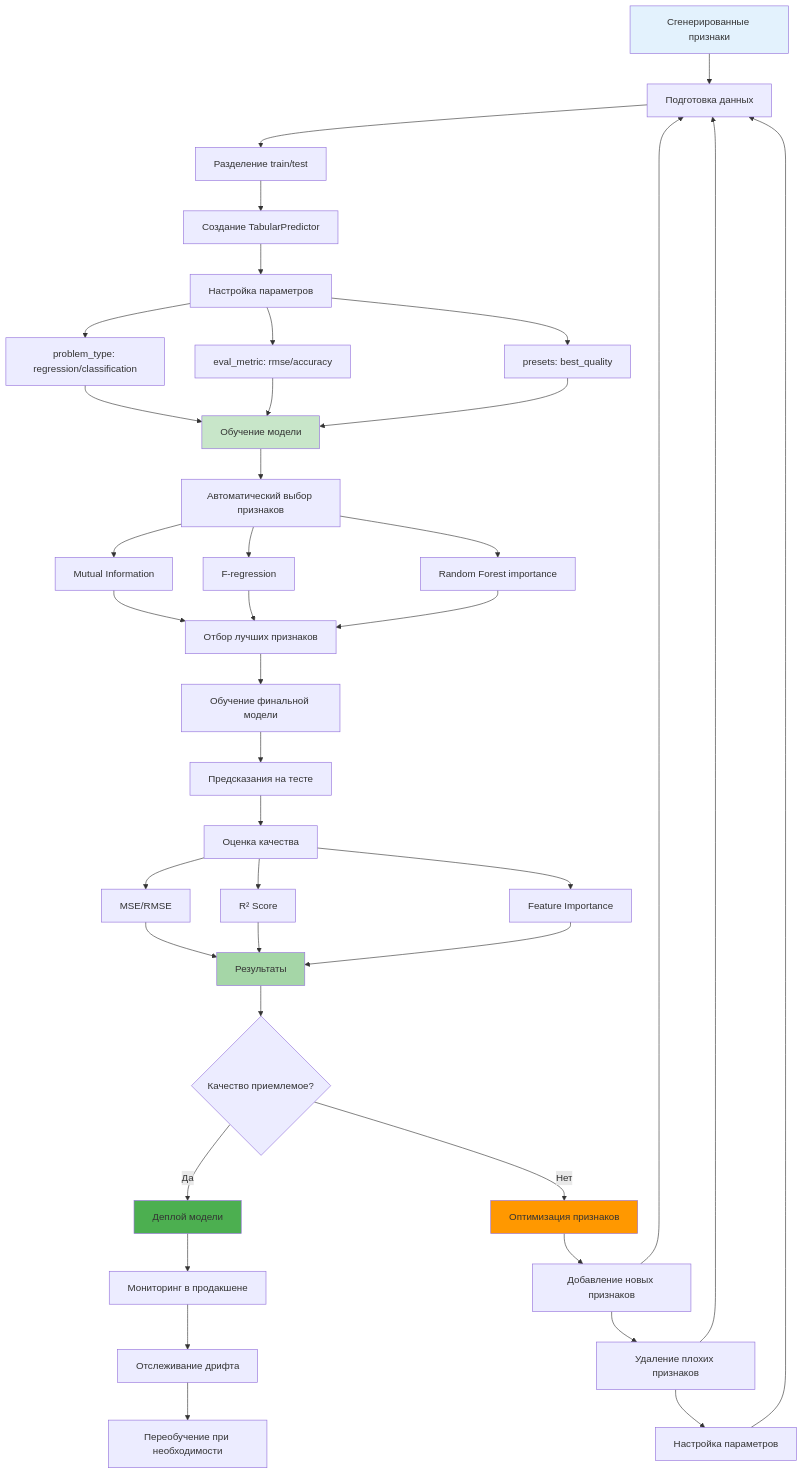
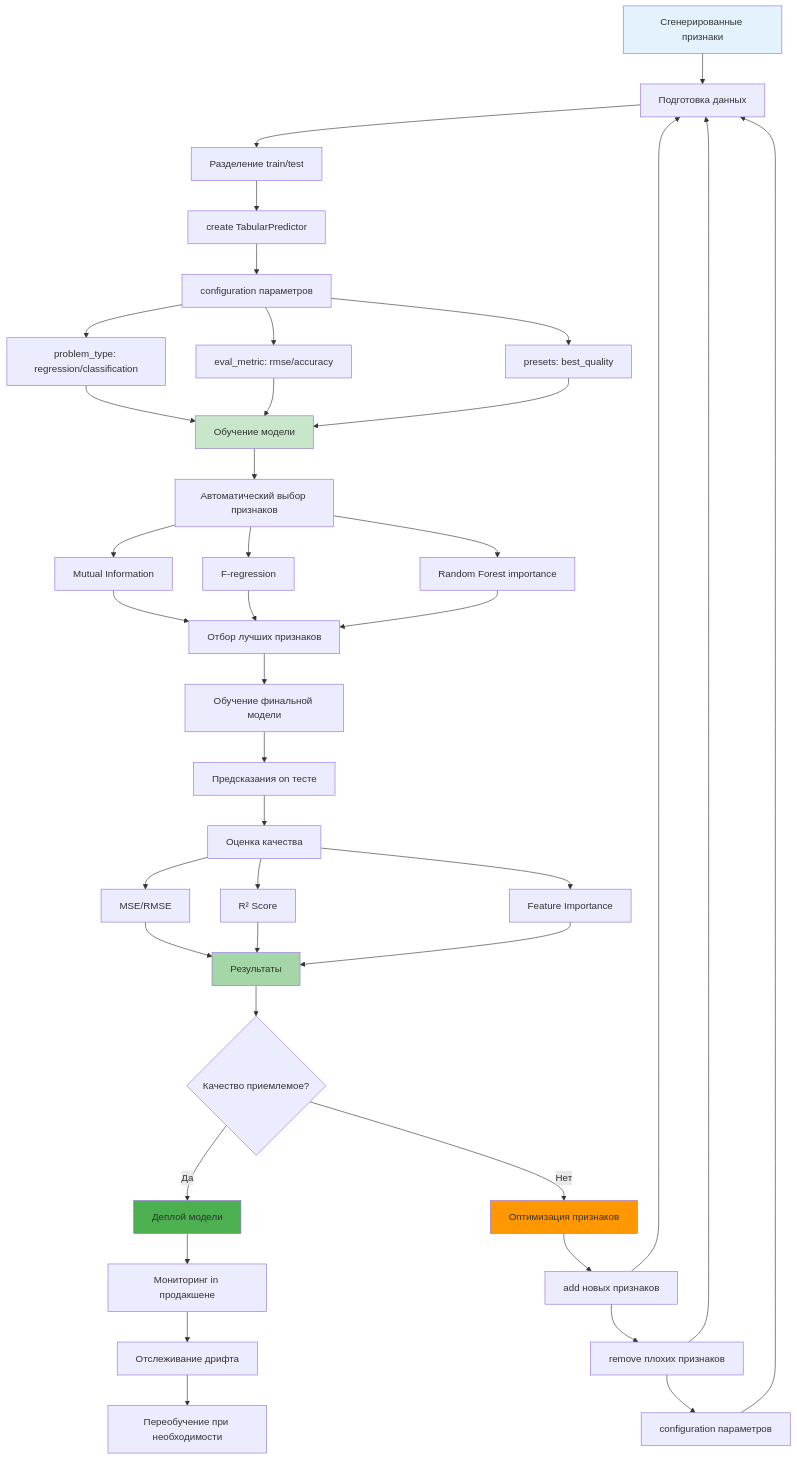
One commit to NeoZorK/neozork-hld-prediction changed the eighth of 9 diagrams in docs/automl/gluon/28_feature_generation_advanced.md. Above: the diagram before and after it, drawn with Mermaid. The commit also changed other lines of this file and 19 other files, not shown here.

````diff
--- a/docs/automl/gluon/28_feature_generation_advanced.md
+++ b/docs/automl/gluon/28_feature_generation_advanced.md
@@ -1895,58 +1895,58 @@
 ```mermaid
 graph TD
-    A[Сгенерированные признаки] --> B[Подготовка данных]
-    B --> C[Разделение train/test]
-    C --> D[Создание TabularPredictor]
-    
-    D --> E[Настройка параметров]
-    E --> F[problem_type: regression/classification]
-    E --> G[eval_metric: rmse/accuracy]
-    E --> H[presets: best_quality]
-    
-    F --> I[Обучение модели]
-    G --> I
-    H --> I
-    
-    I --> J[Автоматический выбор признаков]
-    J --> K[Mutual Information]
-    J --> L[F-regression]
-    J --> M[Random Forest importance]
-    
-    K --> N[Отбор лучших признаков]
-    L --> N
-    M --> N
-    
-    N --> O[Обучение финальной модели]
-    O --> P[Предсказания на тесте]
-    P --> Q[Оценка качества]
-    
-    Q --> R[MSE/RMSE]
-    Q --> S[R² Score]
-    Q --> T[Feature Importance]
-    
-    R --> U[Результаты]
-    S --> U
-    T --> U
-    
-    U --> V{Качество приемлемое?}
-    V -->|Да| W[Деплой модели]
-    V -->|Нет| X[Оптимизация признаков]
-    
-    X --> Y[Добавление новых признаков]
-    Y --> Z[Удаление плохих признаков]
-    Z --> AA[Настройка параметров]
-    
-    Y --> B
-    Z --> B
-    AA --> B
-    
-    W --> BB[Мониторинг в продакшене]
-    BB --> CC[Отслеживание дрифта]
-    CC --> DD[Переобучение при необходимости]
-    
-    style A fill:#e3f2fd
-    style I fill:#c8e6c9
-    style U fill:#a5d6a7
-    style W fill:#4caf50
-    style X fill:#ff9800
+ A[Сгенерированные признаки] --> B[Подготовка данных]
+ B --> C[Разделение train/test]
+ C --> D[create TabularPredictor]
+
+ D --> E[configuration параметров]
+ E --> F[problem_type: regression/classification]
+ E --> G[eval_metric: rmse/accuracy]
+ E --> H[presets: best_quality]
+
+ F --> I[Обучение модели]
+ G --> I
+ H --> I
+
+ I --> J[Автоматический выбор признаков]
+ J --> K[Mutual Information]
+ J --> L[F-regression]
+ J --> M[Random Forest importance]
+
+ K --> N[Отбор лучших признаков]
+ L --> N
+ M --> N
+
+ N --> O[Обучение финальной модели]
+ O --> P[Предсказания on тесте]
+ P --> Q[Оценка качества]
+
+ Q --> R[MSE/RMSE]
+ Q --> S[R² Score]
+ Q --> T[Feature Importance]
+
+ R --> U[Результаты]
+ S --> U
+ T --> U
+
+ U --> V{Качество приемлемое?}
+ V -->|Да| W[Деплой модели]
+ V -->|Нет| X[Оптимизация признаков]
+
+ X --> Y[add новых признаков]
+ Y --> Z[remove плохих признаков]
+ Z --> AA[configuration параметров]
+
+ Y --> B
+ Z --> B
+ AA --> B
+
+ W --> BB[Мониторинг in продакшене]
+ BB --> CC[Отслеживание дрифта]
+ CC --> DD[Переобучение при необходимости]
+
+ style A fill:#e3f2fd
+ style I fill:#c8e6c9
+ style U fill:#a5d6a7
+ style W fill:#4caf50
+ style X fill:#ff9800
 ```
````
